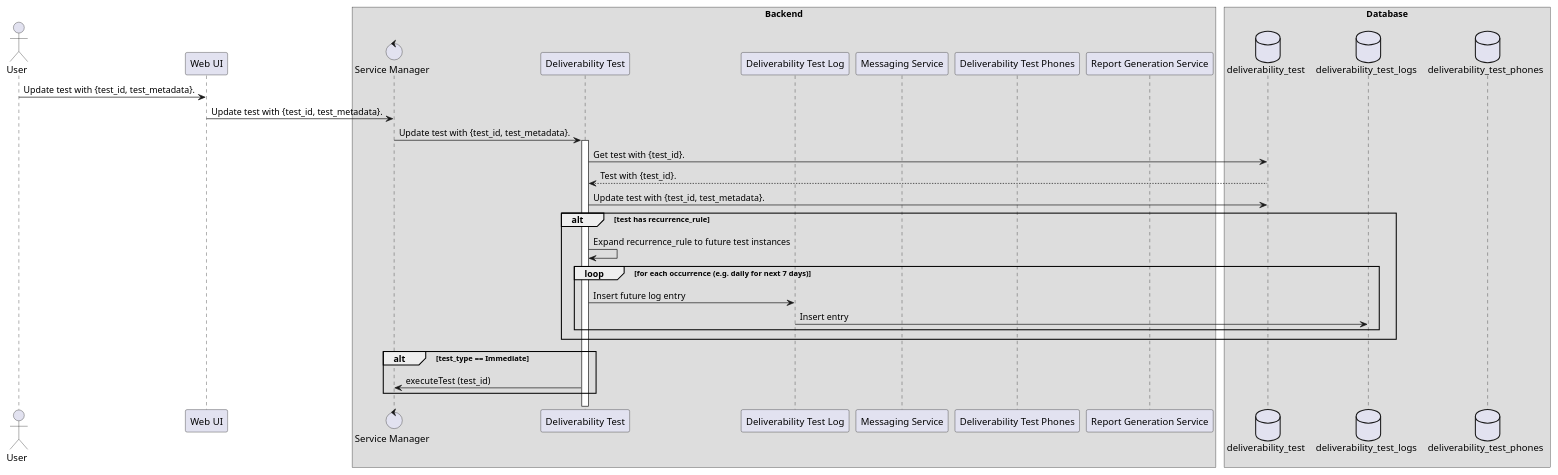
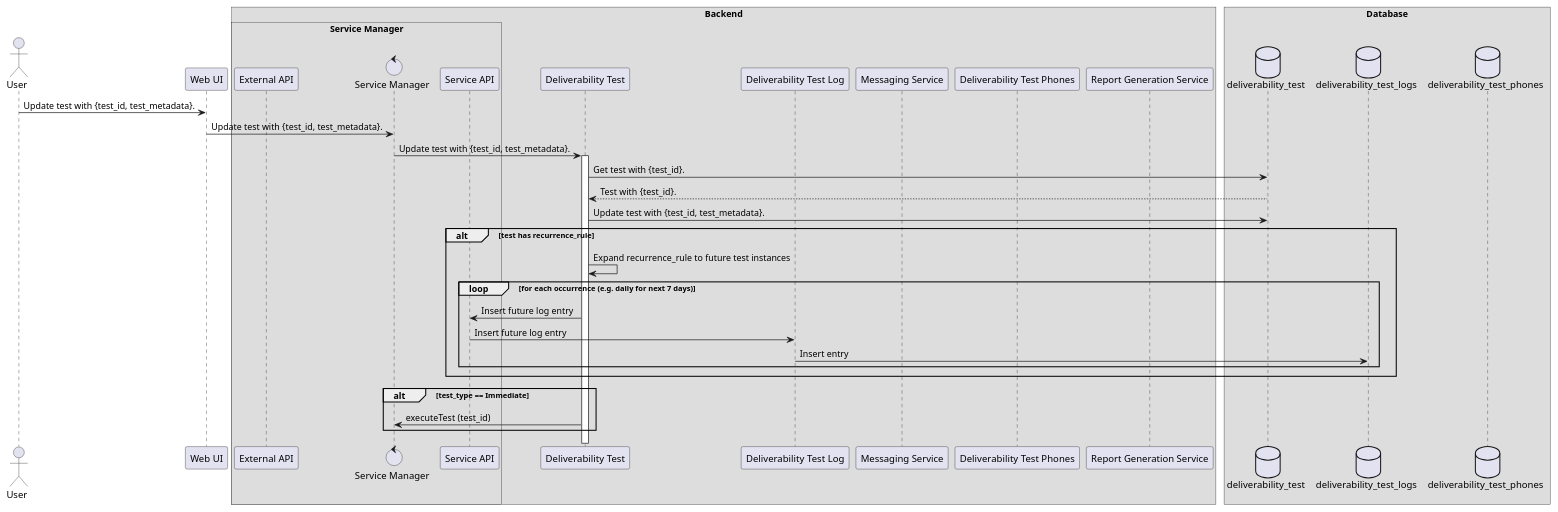
Before and after one commit to Xyz0074/testing-diagrams: the diagram in source/sequence-diagrams/test-update-sequence-diagram.puml, drawn with PlantUML.

```diff
--- a/source/sequence-diagrams/test-update-sequence-diagram.puml
+++ b/source/sequence-diagrams/test-update-sequence-diagram.puml
@@ -1,48 +1,50 @@
 @startuml
 !pragma teoz true
 /'Defines the protocol when a user updates a test. Three different implementations are shown, witht'/
 /'author: Luvai Cutlerywala <luvaidc@gmail.com>'/
 
 /'Define the actors and participants.'/
 actor User as user
-
-
     participant "Web UI" as web_ui
-  
 
 box Backend
-    control "Service Manager" as service_manager
+box Service Manager
+participant "External API" as ext
+control "Service Manager" as service_manager
+participant "Service API" as api
+end box
     participant "Deliverability Test" as deliverability_test
     participant "Deliverability Test Log" as deliverability_test_log
     participant "Messaging Service" as messenger
     participant "Deliverability Test Phones" as deliverability_test_phones
     participant "Report Generation Service" as report_generator
 end box
 
 box Database
     database deliverability_test as dt
     database deliverability_test_logs as dtl
     database deliverability_test_phones as dtp
 end box
 
 user -> web_ui: Update test with {test_id, test_metadata}.
 web_ui -> service_manager: Update test with {test_id, test_metadata}.
 service_manager -> deliverability_test: Update test with {test_id, test_metadata}.
 activate deliverability_test
 deliverability_test -> dt: Get test with {test_id}.
 dt --> deliverability_test: Test with {test_id}.
 deliverability_test -> dt: Update test with {test_id, test_metadata}.
 alt test has recurrence_rule
     deliverability_test -> deliverability_test: Expand recurrence_rule to future test instances
     loop for each occurrence (e.g. daily for next 7 days)
-        deliverability_test -> deliverability_test_log: Insert future log entry
+        deliverability_test -> api: Insert future log entry
+        api -> deliverability_test_log: Insert future log entry
         deliverability_test_log -> dtl: Insert entry
     end loop
 end
 
 alt test_type == Immediate
     deliverability_test -> service_manager : executeTest (test_id)
 end
 deactivate deliverability_test
 
 @enduml
```
